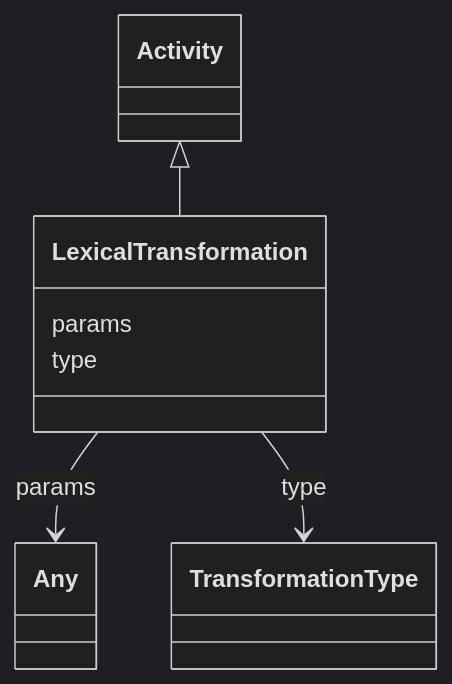
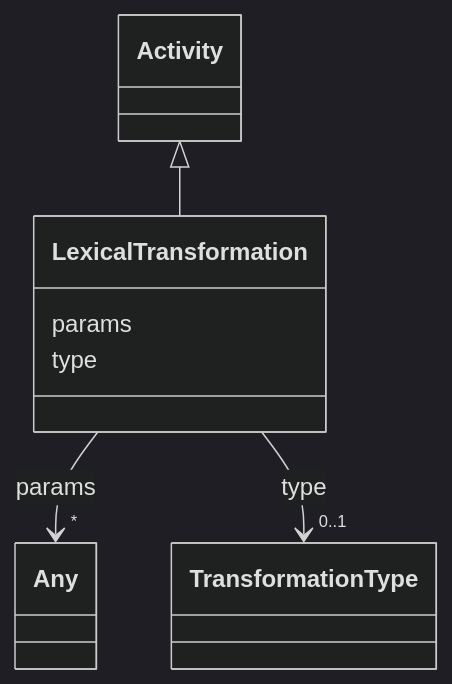
One commit to INCATools/ontology-access-kit changed the diagram in lexical-index/LexicalTransformation.md. Above: the diagram before and after it, drawn with Mermaid (dark theme). The commit also changed other lines of this file and 3329 other files, not shown here.

````diff
--- a/lexical-index/LexicalTransformation.md
+++ b/lexical-index/LexicalTransformation.md
@@ -17,15 +19,27 @@
 ```{mermaid}
  classDiagram
     class LexicalTransformation
+    click LexicalTransformation href "../LexicalTransformation"
       Activity <|-- LexicalTransformation
+        click Activity href "../Activity"
       
       LexicalTransformation : params
         
-          LexicalTransformation --> Any : params
+          
+    
+    
+    LexicalTransformation --> "*" Any : params
+    click Any href "../Any"
+
         
       LexicalTransformation : type
         
-          LexicalTransformation --> TransformationType : type
+          
+    
+    
+    LexicalTransformation --> "0..1" TransformationType : type
+    click TransformationType href "../TransformationType"
+
         
       
 ```
````
